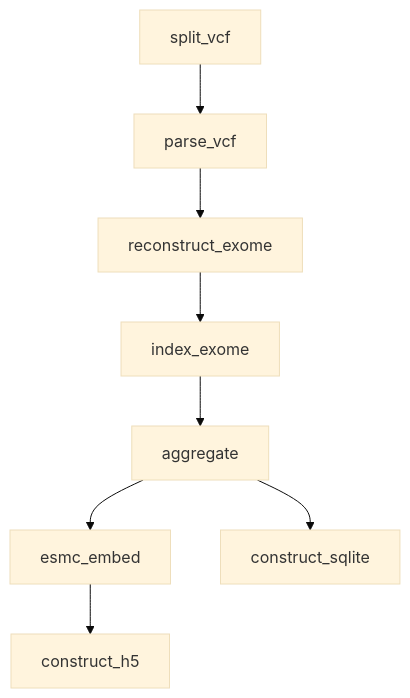
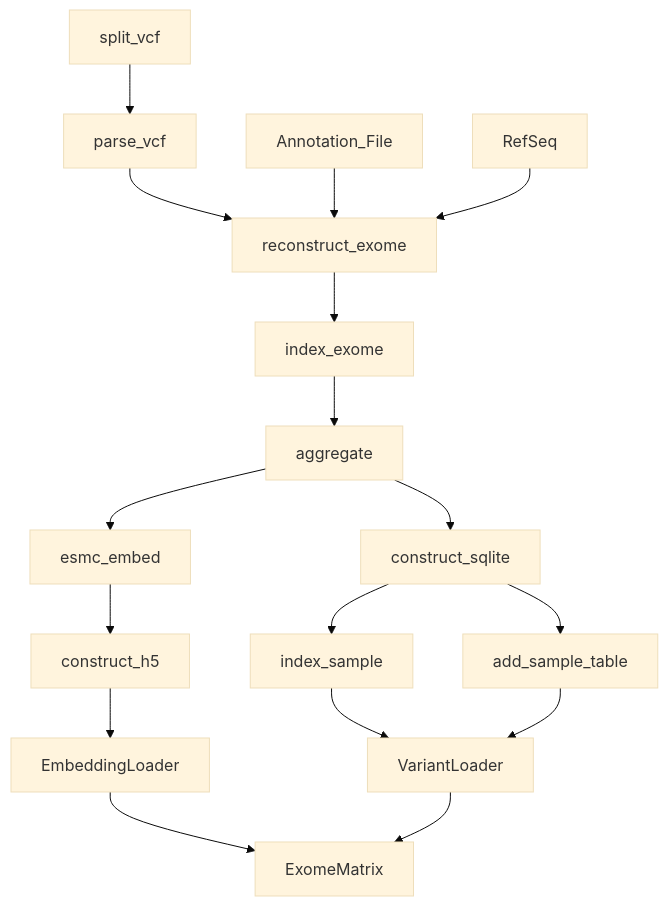
The diagram in README.md (khoa-yelo/ukbb_gwas), drawn with Mermaid (base theme) before and after one commit.

````diff
--- a/README.md
+++ b/README.md
@@ -7,10 +7,20 @@
 ```mermaid
 graph TD
     A[split_vcf] --> B[parse_vcf]
     B --> C[reconstruct_exome]
+    K[Annotation_File] --> C
+    L[RefSeq] --> C
     C --> D[index_exome]
     D --> E[aggregate]
     E --> F[esmc_embed]
     E --> G[construct_sqlite]
+    G --> I[index_sample]
+    G --> J[add_sample_table]
     F --> H[construct_h5]
+    H --> S[EmbeddingLoader]
+    I --> V[VariantLoader]
+    J --> V
+    S --> X[ExomeMatrix]
+    V --> X
+
 ```
````
